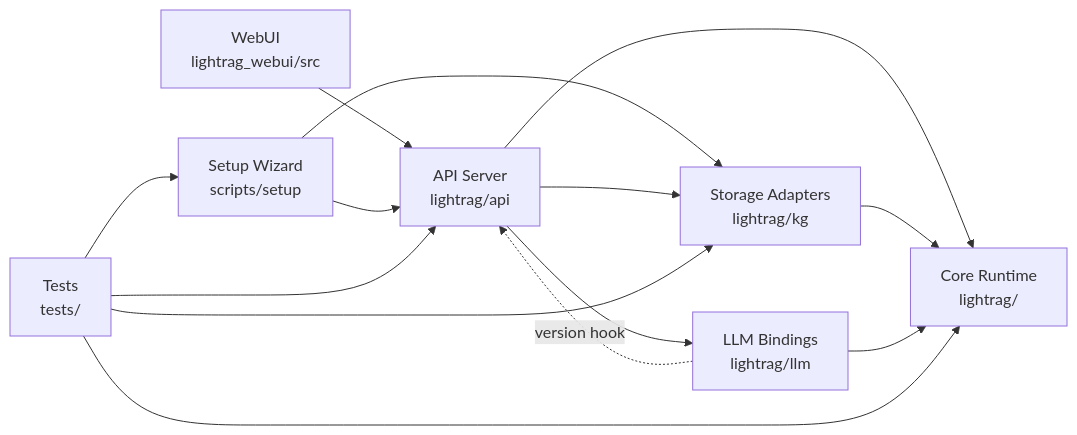
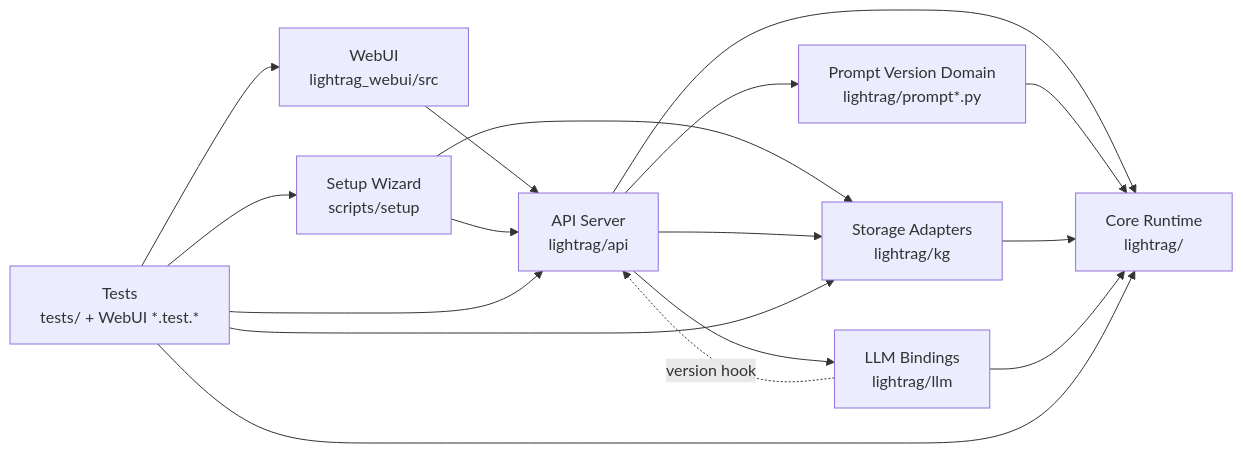
The first of 3 diagrams in .nexus-map/arch/dependencies.md (HKUDS/LightRAG), drawn with Mermaid before and after one commit. The commit also changed other lines of this file and 10 other files, not shown here.

````diff
--- a/.nexus-map/arch/dependencies.md
+++ b/.nexus-map/arch/dependencies.md
@@ -9,16 +9,27 @@
 ```mermaid
 graph LR
-  WebUI[WebUI\nlightrag_webui/src] --> API[API Server\nlightrag/api]
-  Setup[Setup Wizard\nscripts/setup] --> API
-  Setup --> Storage[Storage Adapters\nlightrag/kg]
-  API --> Core[Core Runtime\nlightrag/]
-  API --> LLM[LLM Bindings\nlightrag/llm]
+  WebUI[WebUI
+lightrag_webui/src] --> API[API Server
+lightrag/api]
+  Setup[Setup Wizard
+scripts/setup] --> API
+  Setup --> Storage[Storage Adapters
+lightrag/kg]
+  API --> Core[Core Runtime
+lightrag/]
+  API --> Prompt[Prompt Version Domain
+lightrag/prompt*.py]
+  Prompt --> Core
+  API --> LLM[LLM Bindings
+lightrag/llm]
   API --> Storage
   Storage --> Core
   LLM --> Core
   LLM -.version hook.-> API
-  Tests[Tests\ntests/] --> API
+  Tests[Tests
+tests/ + WebUI *.test.*] --> API
   Tests --> Core
   Tests --> Storage
   Tests --> Setup
+  Tests --> WebUI
 ```
````
